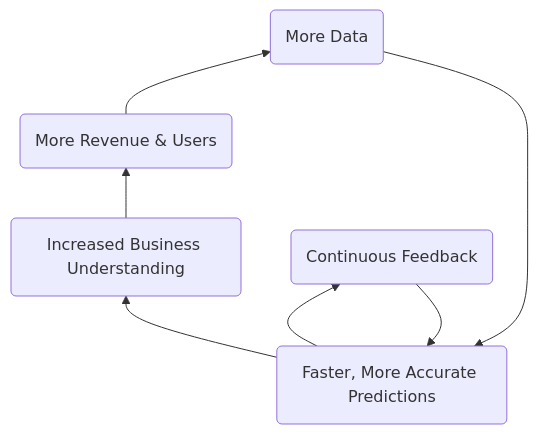
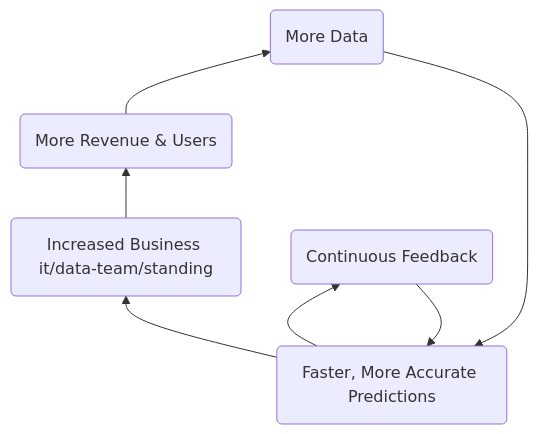
The first of 2 diagrams in content/handbook/it/data-team/organization/data-science/_index.md (moliver28/research-handbook), drawn with Mermaid before and after one commit. The commit also changed other lines of this file and 36 other files, not shown here.

````diff
--- a/content/handbook/it/data-team/organization/data-science/_index.md
+++ b/content/handbook/it/data-team/organization/data-science/_index.md
@@ -88,8 +88,8 @@
 ```mermaid
 graph BT;
-   id1(Faster, More Accurate Predictions)-->id2(Increased Business Understanding) & id5(Continuous Feedback)
+   id1(Faster, More Accurate Predictions)-->id2(Increased Business it/data-team/standing) & id5(Continuous Feedback)
    id2-->id3(More Revenue & Users)
    id5-->id1
    id3-->id4(More Data)
    id4-->id1
 ```
````
